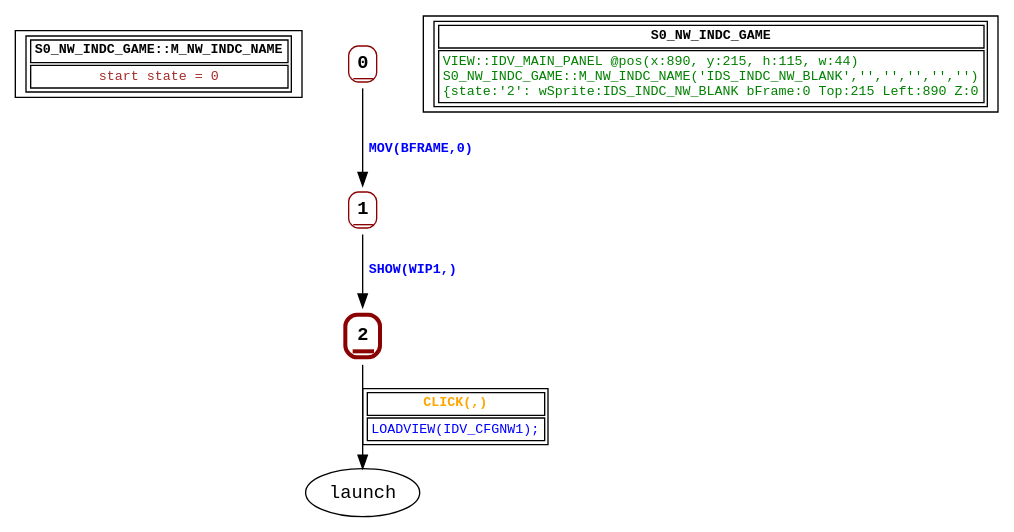
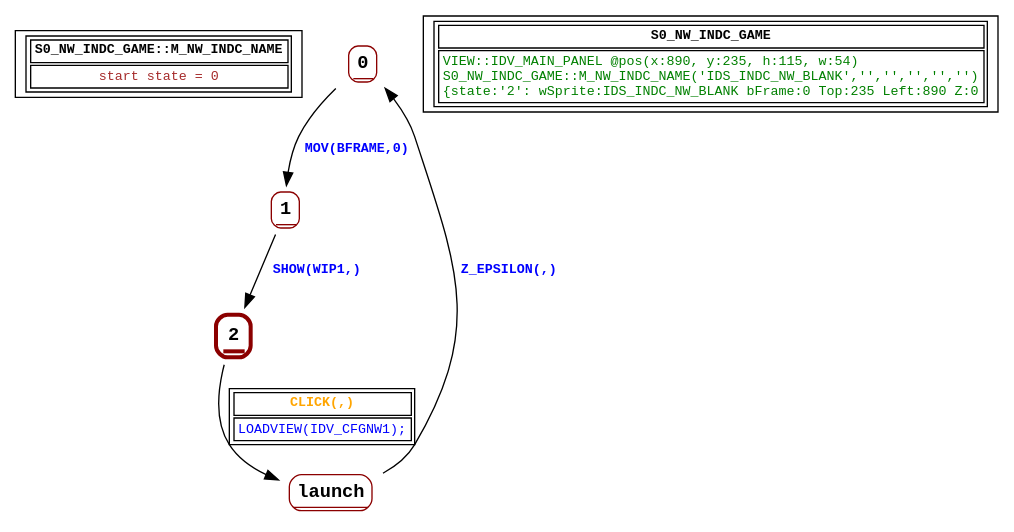
Before and after one commit to guy-stewart/AzariaCD: the diagram in graphs/S0_NW_INDC_GAME.dot, drawn with Graphviz. The commit also changed 35 other files, not shown here.

```diff
--- a/graphs/S0_NW_INDC_GAME.dot
+++ b/graphs/S0_NW_INDC_GAME.dot
@@ -1,25 +1,30 @@
 digraph Automaton {
  fontname="Courier New"
 	node [shape=oval, fontname="Courier New"];
 	filename[shape = record, fontsize=10, label=< <table border="1"><tr><td><b>S0_NW_INDC_GAME::M_NW_INDC_NAME<br align="left"/></b></td></tr>
 <tr><td><font point-size="10" color ="brown">start state = 0<br align="left"/></font></td></tr></table>>
 ];
 	0[shape = none, fontsize=14, label=< <table border="1" color="darkred" style="rounded"><tr><td sides="b"><b>0<br align="left"/></b></td></tr>
 </table>>];
 "0" -> "1" [fontcolor=blue,fontsize=10,fontname="Courier New", label=< <table border="0"><tr><td><b>MOV(BFRAME,0)<br align="left"/></b></td></tr>
 </table>>
 ];
 	1[shape = none, fontsize=14, label=< <table border="1" color="darkred" style="rounded"><tr><td sides="b"><b>1<br align="left"/></b></td></tr>
 </table>>];
 "1" -> "2" [fontcolor=blue,fontsize=10,fontname="Courier New", label=< <table border="0"><tr><td><b>SHOW(WIP1,)<br align="left"/></b></td></tr>
 </table>>
 ];
 	2[shape = none, fontsize=14, label=< <table border="3" color="darkred" style="rounded"><tr><td sides="b"><b>2<br align="left"/></b></td></tr>
 </table>>];
 "2" -> "launch" [fontcolor=orange,fontsize=10,fontname="Courier New", label=< <table border="1"><tr><td><b>CLICK(,)<br align="left"/></b></td></tr>
 <tr><td><font point-size="10" color ="blue">LOADVIEW(IDV_CFGNW1);<br align="left"/></font></td></tr></table>>
 ];
+	launch[shape = none, fontsize=14, label=< <table border="1" color="darkred" style="rounded"><tr><td sides="b"><b>launch<br align="left"/></b></td></tr>
+</table>>];
+"launch" -> "0" [fontcolor=blue,fontsize=10,fontname="Courier New", label=< <table border="0"><tr><td><b>Z_EPSILON(,)<br align="left"/></b></td></tr>
+</table>>
+];
 	status[shape = record, fontsize=10, label=< <table border="1"><tr><td><b>S0_NW_INDC_GAME<br align="left"/></b></td></tr>
-<tr><td><font point-size="10" color ="green">VIEW::IDV_MAIN_PANEL @pos(x:890, y:215, h:115, w:44)<br align="left"/>S0_NW_INDC_GAME::M_NW_INDC_NAME(&apos;IDS_INDC_NW_BLANK&apos;,&apos;&apos;,&apos;&apos;,&apos;&apos;,&apos;&apos;,&apos;&apos;)<br align="left"/>			&#123;state:&apos;2&apos;: wSprite:IDS_INDC_NW_BLANK bFrame:0 Top:215 Left:890 Z:0<br align="left"/></font></td></tr></table>>
+<tr><td><font point-size="10" color ="green">VIEW::IDV_MAIN_PANEL @pos(x:890, y:235, h:115, w:54)<br align="left"/>S0_NW_INDC_GAME::M_NW_INDC_NAME(&apos;IDS_INDC_NW_BLANK&apos;,&apos;&apos;,&apos;&apos;,&apos;&apos;,&apos;&apos;,&apos;&apos;)<br align="left"/>			&#123;state:&apos;2&apos;: wSprite:IDS_INDC_NW_BLANK bFrame:0 Top:235 Left:890 Z:0<br align="left"/></font></td></tr></table>>
 ];
 }
```
